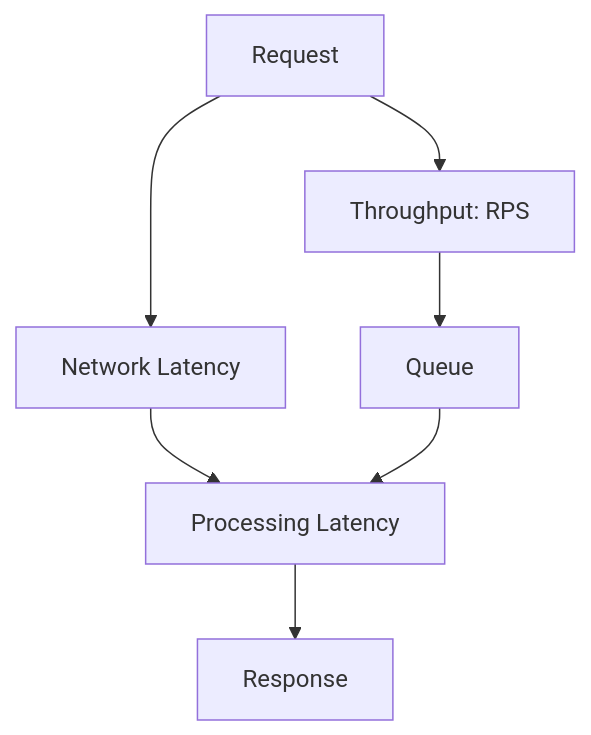
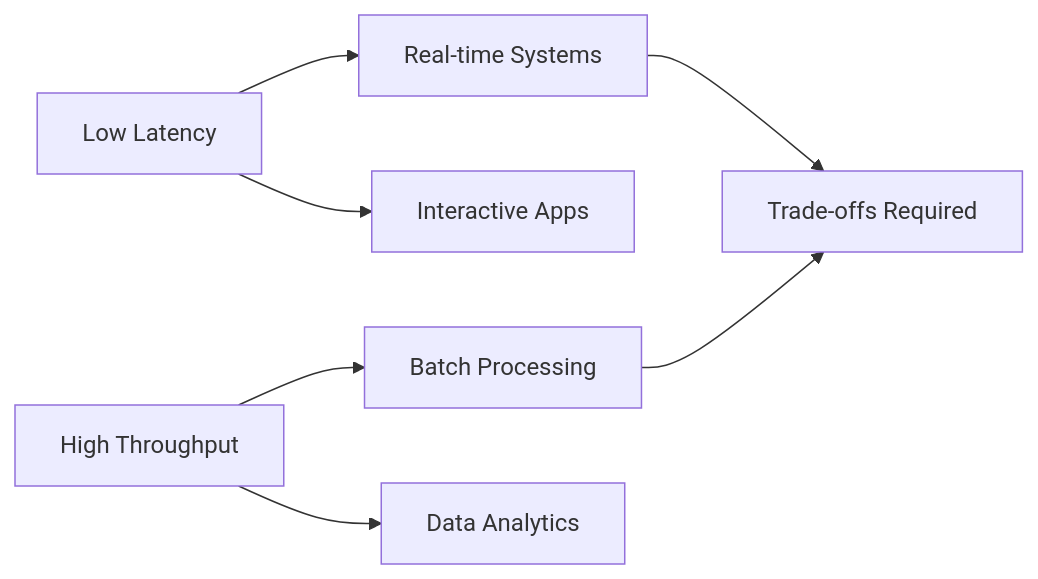
One commit to VrushankPatel/interview-matters changed the diagram in latency-throughput-zero-to-hero/README.md. Above: the diagram before and after it, drawn with Mermaid. The commit also changed other lines of this file and 8 other files, not shown here.

Commit message:
kb: add/update topics popular-systems-design-lld-hld, lld-hld-basics, replication-vs-sharding-vs-partitioning, caching, latency-and-throughput-zero-to-hero

````diff
--- a/latency-throughput-zero-to-hero/README.md
+++ b/latency-throughput-zero-to-hero/README.md
@@ -41,9 +36,9 @@
 ```mermaid
-graph TD
-    A[Request] --> B[Network Latency]
-    B --> C[Processing Latency]
-    C --> D[Response]
-    A --> E[Throughput: RPS]
-    E --> F[Queue]
-    F --> C
+graph LR
+    A[Low Latency] --> B[Real-time Systems]
+    A --> C[Interactive Apps]
+    D[High Throughput] --> E[Batch Processing]
+    D --> F[Data Analytics]
+    B --> G[Trade-offs Required]
+    E --> G
 ```
````
